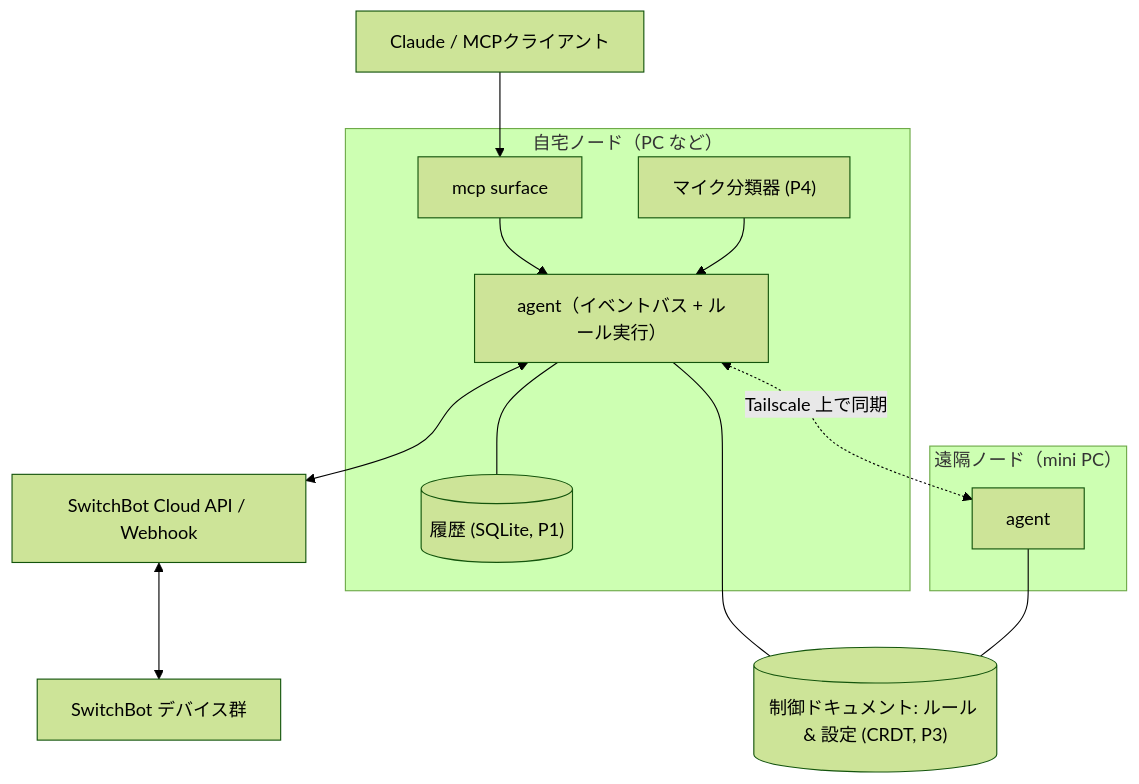
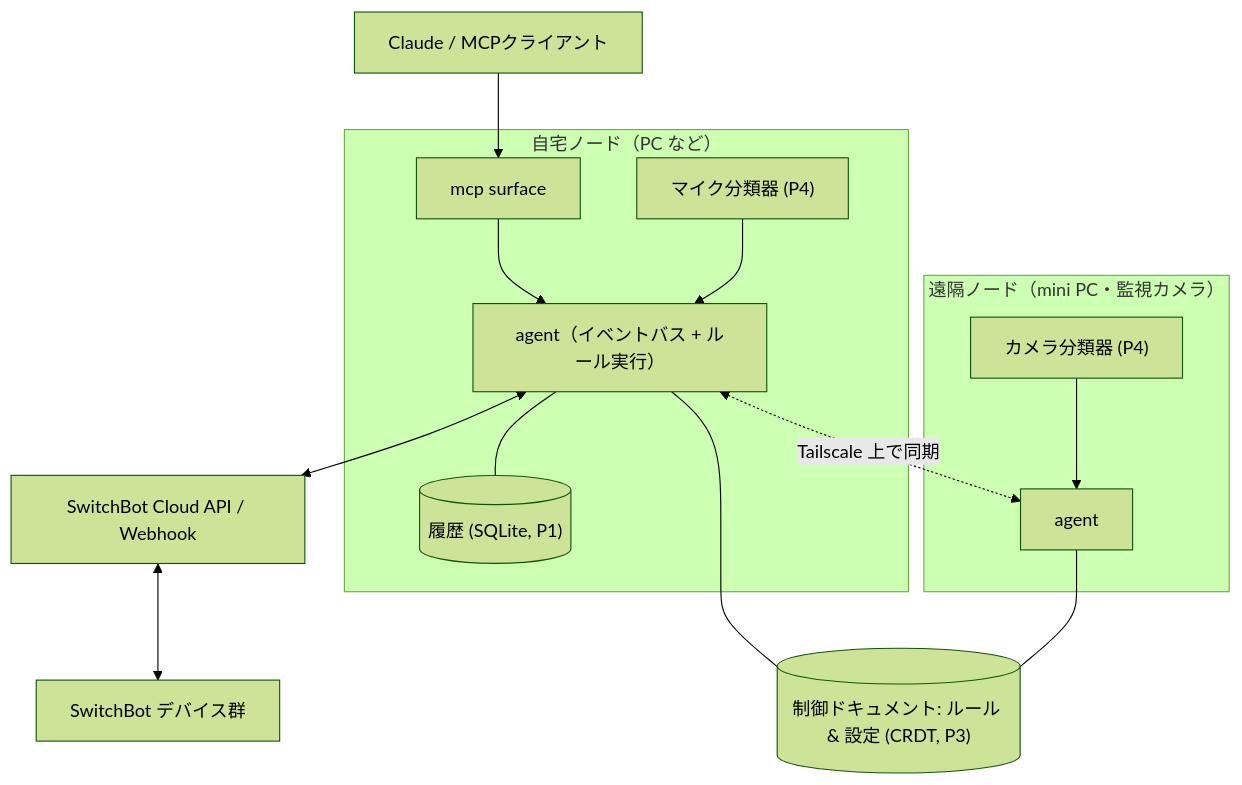
One commit to okmtdev/korean-myondon changed the diagram in docs/design.md. Above: the diagram before and after it, drawn with Mermaid (forest theme). The commit also changed other lines of this file, not shown here.

First line of the commit message:
Record remote node role: USB camera surveillance on the mini PC

````diff
--- a/docs/design.md
+++ b/docs/design.md
@@ -35,26 +35,28 @@
 ```mermaid
 flowchart TB
   claude["Claude / MCPクライアント"]
   subgraph homeNode["自宅ノード（PC など）"]
     mcp["mcp surface"]
     agent1["agent（イベントバス + ルール実行）"]
     store1[("履歴 (SQLite, P1)")]
     micSrc["マイク分類器 (P4)"]
   end
-  subgraph remoteNode["遠隔ノード（mini PC）"]
+  subgraph remoteNode["遠隔ノード（mini PC・監視カメラ）"]
     agent2["agent"]
+    camSrc["カメラ分類器 (P4)"]
   end
   sbCloud["SwitchBot Cloud API / Webhook"]
   devices["SwitchBot デバイス群"]
   ctrl[("制御ドキュメント: ルール & 設定 (CRDT, P3)")]
 
   claude --> mcp
   mcp --> agent1
   agent1 <--> sbCloud
   sbCloud <--> devices
   agent1 --- store1
   micSrc --> agent1
+  camSrc --> agent2
   agent1 --- ctrl
   agent2 --- ctrl
   agent1 <-. "Tailscale 上で同期" .-> agent2
 ```
````
